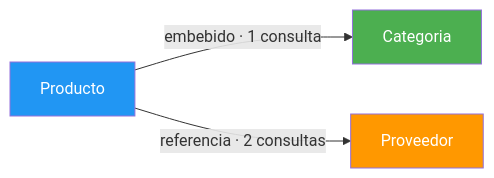
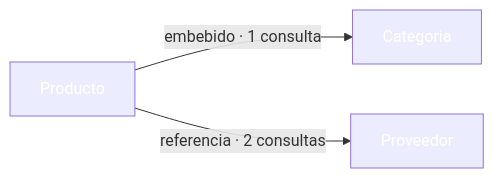
The third of 8 diagrams in 13-mongodb.md (joseluisgs/DesarrolloWebEntornosServidor-02-2026-2027), drawn with Mermaid before and after one commit. The commit also changed other lines of this file and 41 other files, not shown here.

````diff
--- a/13-mongodb.md
+++ b/13-mongodb.md
@@ -342,9 +342,9 @@
 ```mermaid
 graph LR
     P[Producto] -->|"embebido · 1 consulta"| C[Categoria]
     P -->|"referencia · 2 consultas"| PR[Proveedor]
 
-    style P fill:#2196F3,color:#fff
-    style C fill:#4CAF50,color:#fff
-    style PR fill:#FF9800,color:#fff
+    style P fill:#2196F,color:#fff3,color:#fff
+    style C fill:#4CAF5,color:#fff0,color:#fff
+    style PR fill:#FF980,color:#fff0,color:#fff
 ```
````
